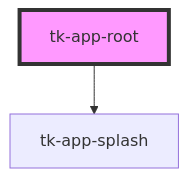
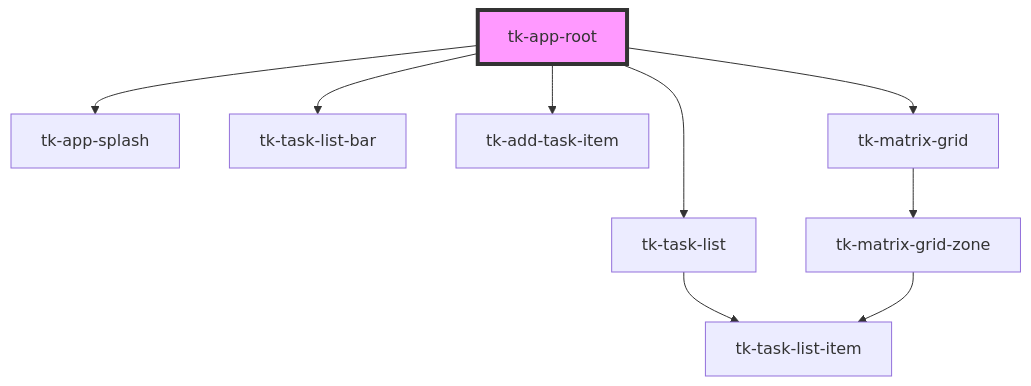
The diagram in client-app/src/components/app/tk-app-root/readme.md (tomokat/tk-time-management-matrix-app), drawn with Mermaid before and after one commit. The commit also changed other lines of this file and 7 other files, not shown here.

````diff
--- a/client-app/src/components/app/tk-app-root/readme.md
+++ b/client-app/src/components/app/tk-app-root/readme.md
@@ -15,5 +19,12 @@
 ```mermaid
 graph TD;
   tk-app-root --> tk-app-splash
+  tk-app-root --> tk-task-list-bar
+  tk-app-root --> tk-add-task-item
+  tk-app-root --> tk-task-list
+  tk-app-root --> tk-matrix-grid
+  tk-task-list --> tk-task-list-item
+  tk-matrix-grid --> tk-matrix-grid-zone
+  tk-matrix-grid-zone --> tk-task-list-item
   style tk-app-root fill:#f9f,stroke:#333,stroke-width:4px
 ```
````
